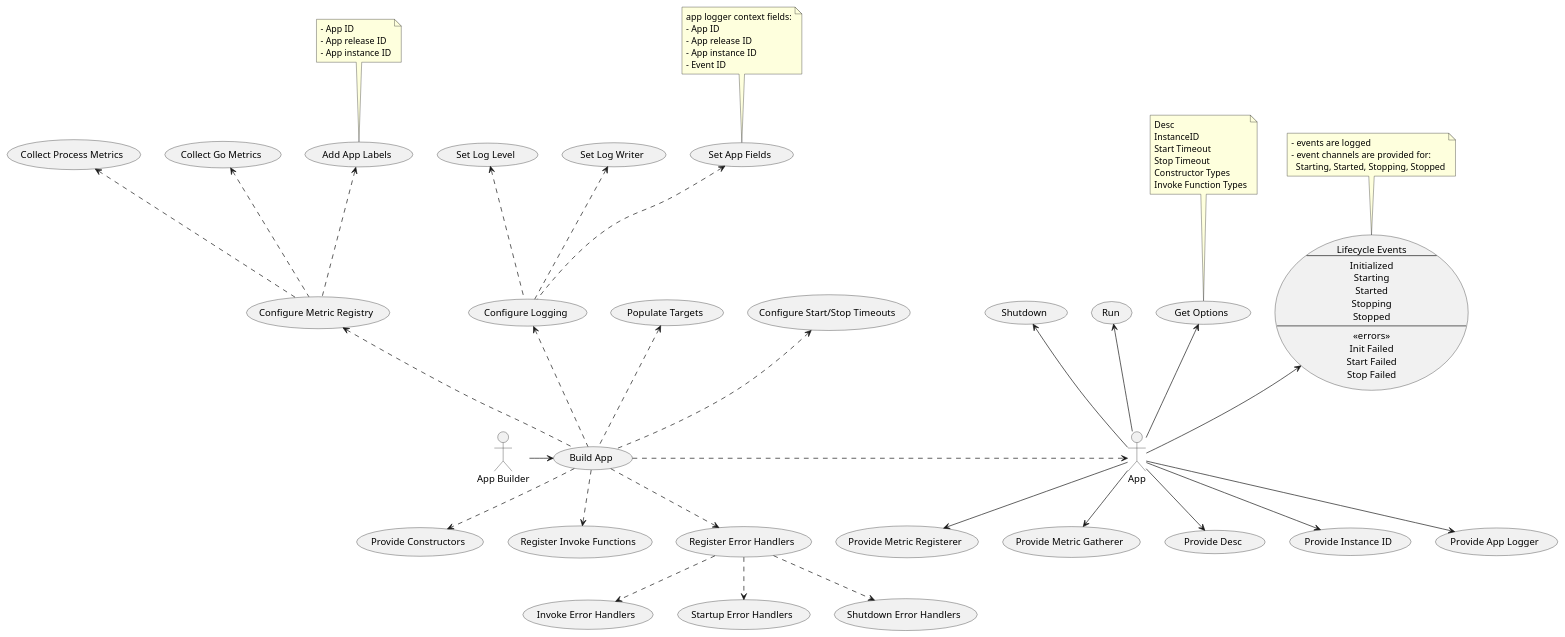
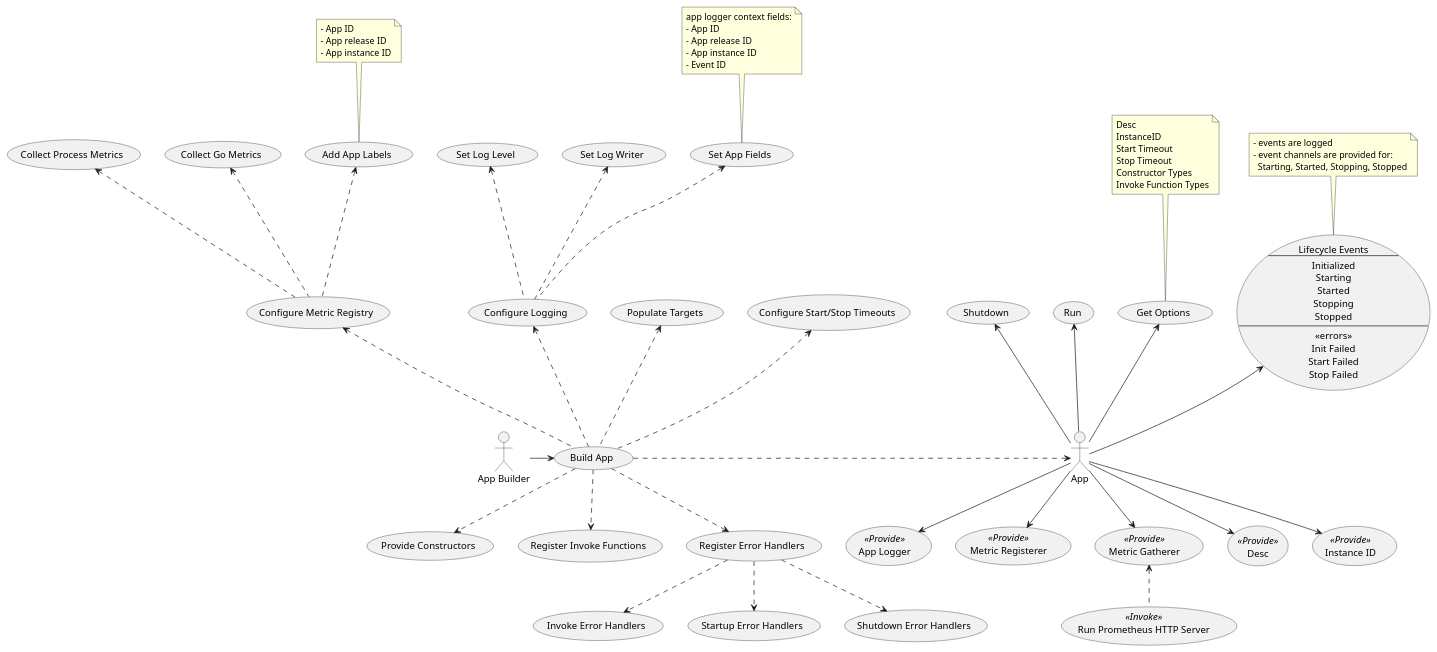
The diagram in pkg/fxapp/usecases.puml (oysterpack/andiamo), drawn with PlantUML before and after one commit. The commit also changed 3 other files, not shown here.

First line of the commit message:
added option to configure error handling on Prometheus metrics HTTP handler

```diff
--- a/pkg/fxapp/usecases.puml
+++ b/pkg/fxapp/usecases.puml
@@ -1,118 +1,119 @@
 @startuml
 :App Builder: as Builder
 actor App
 
 (Build App) as (Build)
 (Provide Constructors) as (Provide)
 (Register Invoke Functions) as (Invoke)
 
 (Register Error Handlers) as (ErrorHandlers)
 (Invoke Error Handlers) as (InvokeErrorHandlers)
 (Startup Error Handlers) as (StartupErrorHandlers)
 (Shutdown Error Handlers) as (ShutdownErrorHandlers)
 
 (Populate Targets) as (Populate)
 
 (Configure Logging) as (Logging)
 (Set Log Writer) as (LogWriter)
 (Set Log Level) as (LogLevel)
 (Set App Fields) as (LoggerAppFields)
 
 note top
 app logger context fields:
 - App ID
 - App release ID
 - App instance ID
 - Event ID
 end note
 
 (Configure Metric Registry) as (Metrics)
 (Collect Go Metrics) as (GoCollector)
 (Collect Process Metrics) as (ProcessCollector)
 (Add App Labels) as (MetricAppLabels)
 
 note top
 - App ID
 - App release ID
 - App instance ID
 end note
 
 (Configure Start/Stop Timeouts) as (Timeouts)
 
 Builder -> Build
 Build ..> Provide
 Build ..> Invoke
 Build ..> ErrorHandlers
 ErrorHandlers ..> InvokeErrorHandlers
 ErrorHandlers ..> StartupErrorHandlers
 ErrorHandlers ..> ShutdownErrorHandlers
 Build .up.> Populate
 
 Build .up.> Logging
 Logging .up.> LogWriter
 Logging .up.> LogLevel
 Logging .up.> LoggerAppFields
 
 Build .up.> Metrics
 Metrics .up.> GoCollector
 Metrics .up.> ProcessCollector
 Metrics .up.> MetricAppLabels
 
 Build .up.> Timeouts
 
 Build .> App
 
-(Provide Desc) as (Desc)
-(Provide Instance ID) as (InstanceID)
-(Provide App Logger) as (AppLogger)
+(Desc) as (Desc) << Provide >>
+(Instance ID) as (InstanceID) << Provide >>
+(App Logger) as (AppLogger) << Provide >>
 
+(Metric Registerer) as (MetricRegistry) << Provide >>
+(Metric Gatherer) as (MetricGatherer) << Provide >>
+(Run Prometheus HTTP Server) as (RunPrometheusHTTPServer) << Invoke >>
 
-
-(Provide Metric Registerer) as (MetricRegistry)
-(Provide Metric Gatherer) as (MetricGatherer)
+RunPrometheusHTTPServer .up.> MetricGatherer
 
 (Run)
 (Shutdown)
 usecase Lifecycle as "
 Lifecycle Events
 ---
 Initialized
 Starting
 Started
 Stopping
 Stopped
 ---
 <<errors>>
 Init Failed
 Start Failed
 Stop Failed
 "
 
 note top
 - events are logged
 - event channels are provided for:
   Starting, Started, Stopping, Stopped
 end note
 
 (Get Options) as (Options)
 
 note top
 Desc
 InstanceID
 Start Timeout
 Stop Timeout
 Constructor Types
 Invoke Function Types
 end note
 
 App --> Desc
 App --> InstanceID
 App --> AppLogger
 App --> MetricRegistry
 App --> MetricGatherer
 App -up-> Options
 App -up-> Run
 App -up-> Shutdown
 App -up-> Lifecycle
 
 @enduml
```
